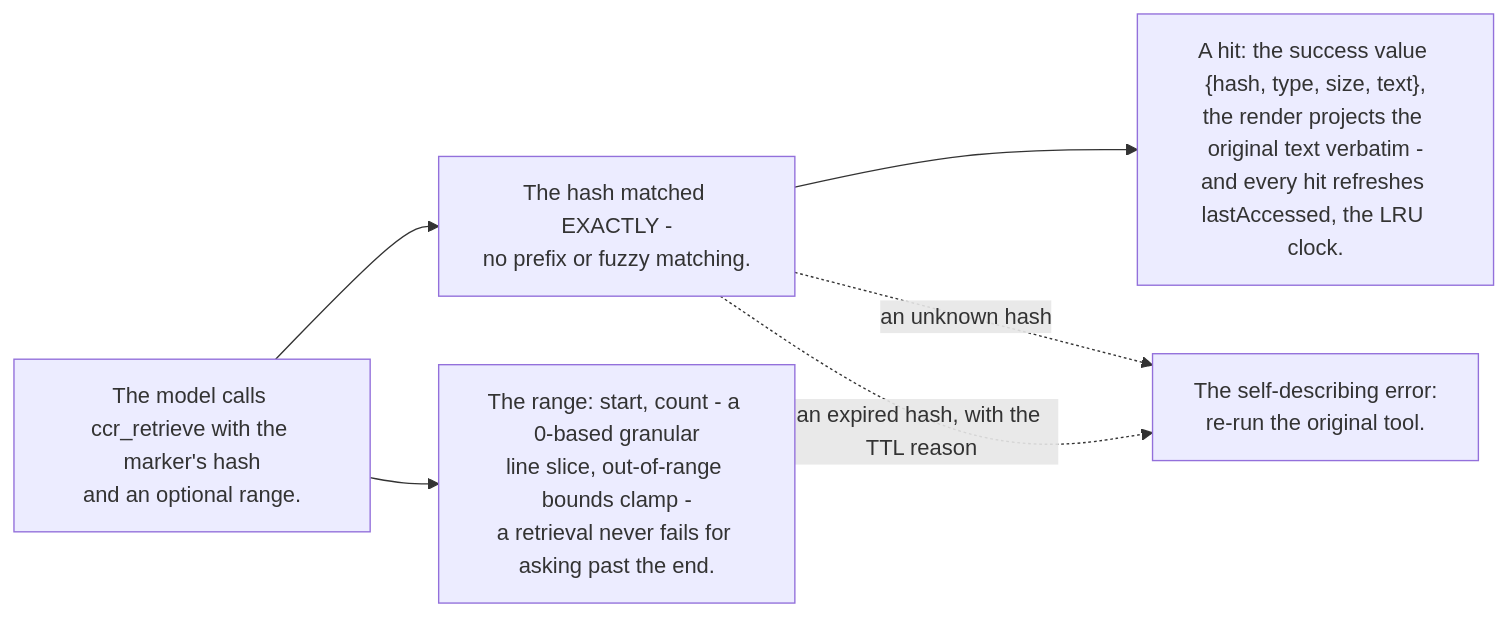
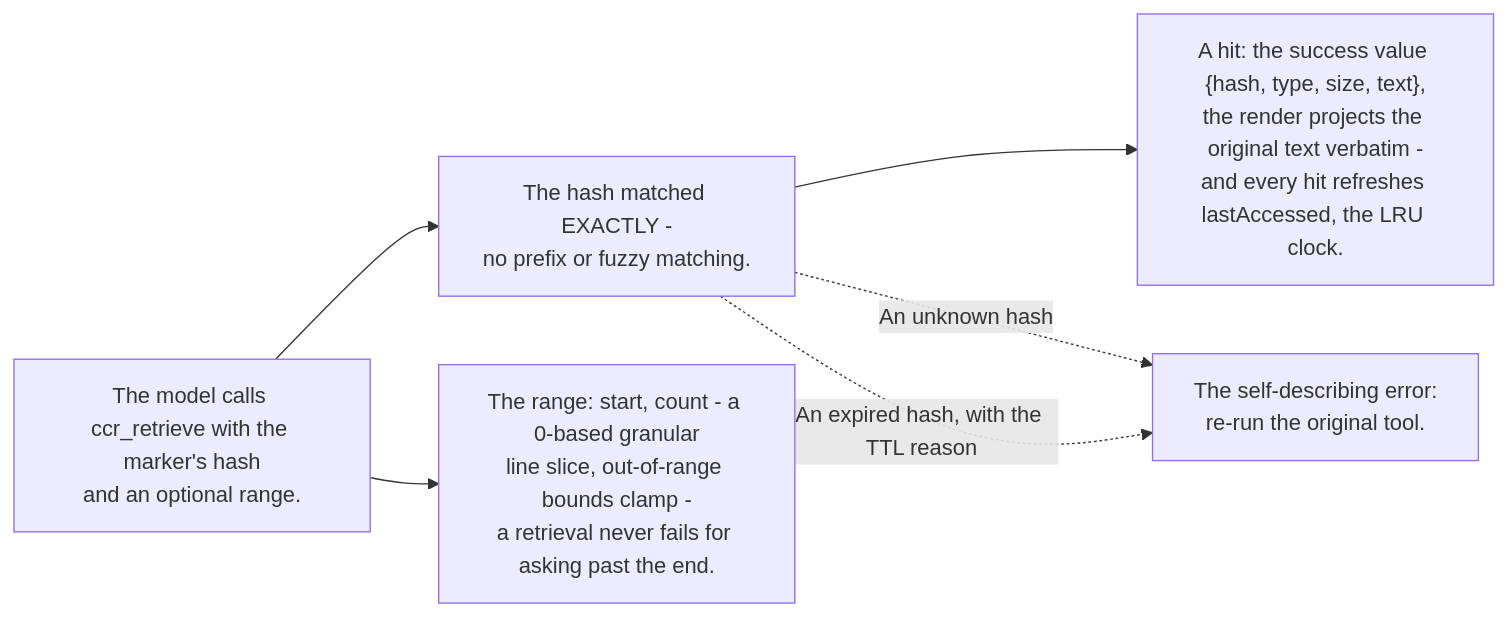
One commit to PlayForm/Site-DeepSeek changed the diagram in Source/Content/Mermaid/ccr-retrieval.mmd. Above: the diagram before and after it, drawn with Mermaid. The commit also changed 90 other files, not shown here.

```diff
--- a/Source/Content/Mermaid/ccr-retrieval.mmd
+++ b/Source/Content/Mermaid/ccr-retrieval.mmd
@@ -1,6 +1,6 @@
 flowchart LR
 	CALL["The model calls ccr_retrieve with the marker's hash<br/>and an optional range."] --> MATCH["The hash matched EXACTLY -<br/>no prefix or fuzzy matching."]
 	CALL --> RANGE["The range: start, count - a 0-based granular<br/>line slice, out-of-range bounds clamp -<br/>a retrieval never fails for asking past the end."]
 	MATCH --> HIT["A hit: the success value {hash, type, size, text},<br/>the render projects the original text verbatim -<br/>and every hit refreshes lastAccessed, the LRU clock."]
-	MATCH -. "an unknown hash" .-> ERR["The self-describing error:<br/>re-run the original tool."]
-	MATCH -. "an expired hash, with the TTL reason" .-> ERR
+	MATCH -. "An unknown hash" .-> ERR["The self-describing error:<br/>re-run the original tool."]
+	MATCH -. "An expired hash, with the TTL reason" .-> ERR
```
